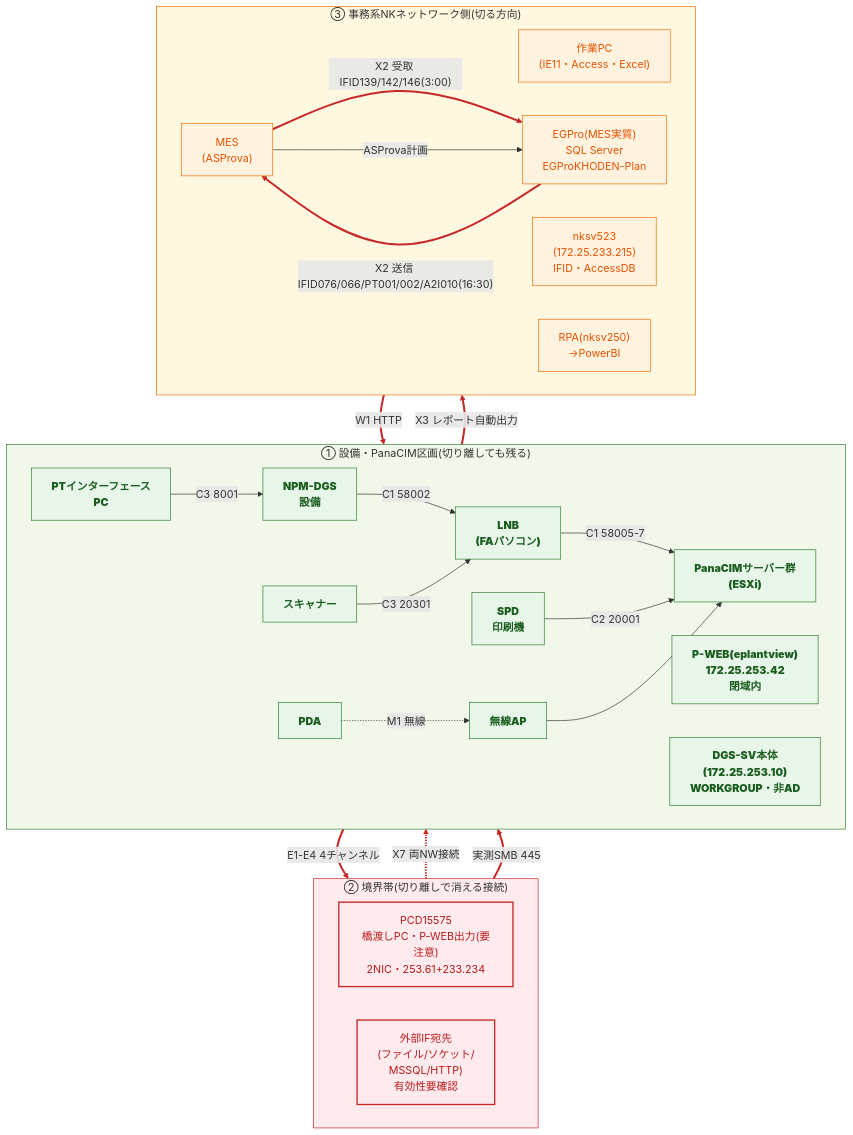
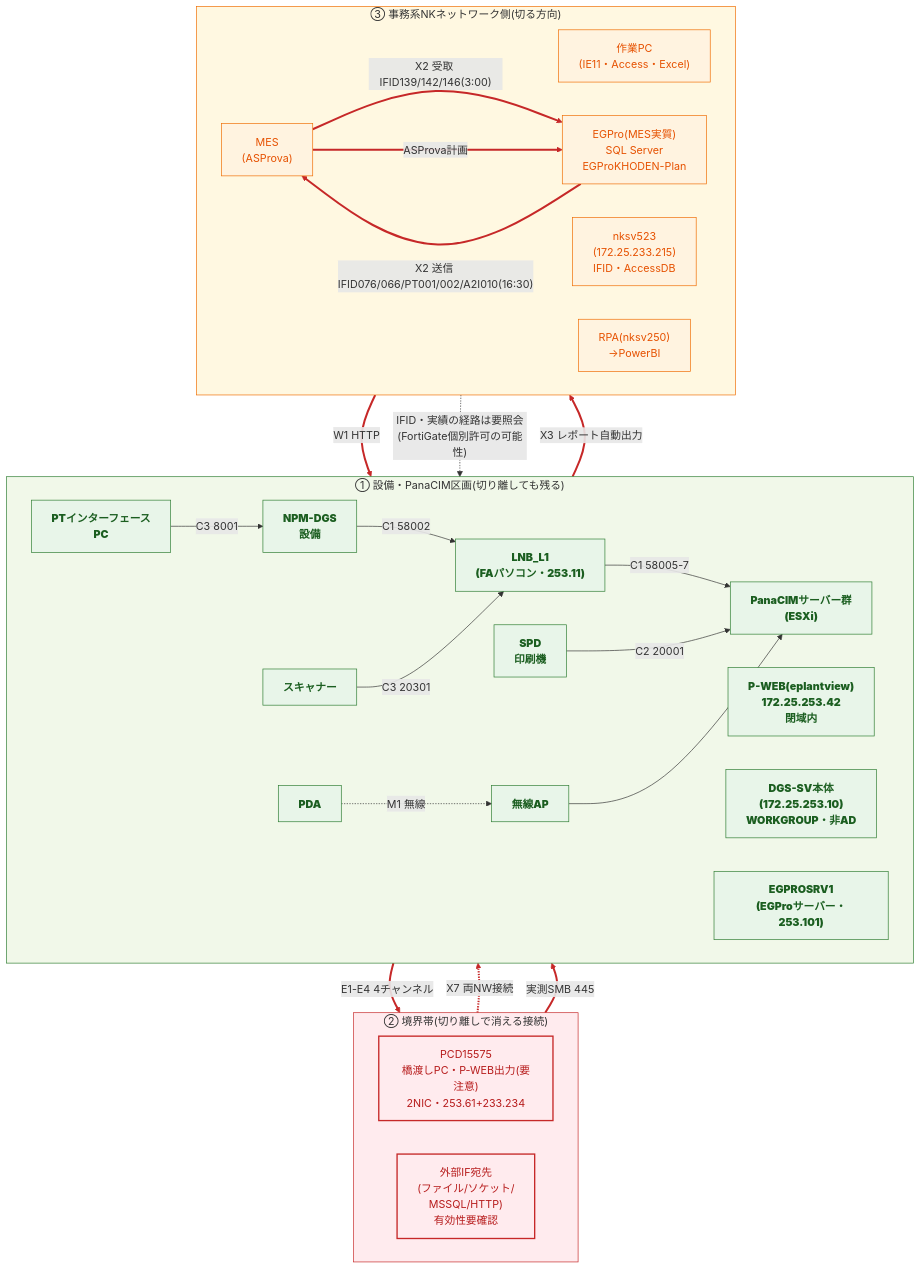
Before and after one commit to nk-shino/work_vault: the diagram in workvault-sync/10_業務全般/PHP_PanaCIM/PanaCIMデータ授受一覧_ドラフト_2026-10-30.md, drawn with Mermaid. The commit also changed other lines of this file and 52 other files, not shown here.

````diff
--- a/workvault-sync/10_業務全般/PHP_PanaCIM/PanaCIMデータ授受一覧_ドラフト_2026-10-30.md
+++ b/workvault-sync/10_業務全般/PHP_PanaCIM/PanaCIMデータ授受一覧_ドラフト_2026-10-30.md
@@ -16,58 +16,60 @@
 ```mermaid
 flowchart TB
   subgraph FA["① 設備・PanaCIM区画(切り離しても残る)"]
     direction LR
     NPM["NPM-DGS<br/>設備"]
-    LNB["LNB<br/>(FAパソコン)"]
+    LNB["LNB_L1<br/>(FAパソコン・253.11)"]
     SPD["SPD<br/>印刷機"]
     PTI["PTインターフェース<br/>PC"]
     SC["スキャナー"]
     AP["無線AP"]
     PDA["PDA"]
     SRV["PanaCIMサーバー群<br/>(ESXi)"]
     PWEB["P-WEB(eplantview)<br/>172.25.253.42<br/>閉域内"]
     DGS["DGS-SV本体<br/>(172.25.253.10)<br/>WORKGROUP・非AD"]
+    EGS["EGPROSRV1<br/>(EGProサーバー・253.101)"]
   end
 
   subgraph BORDER["② 境界帯(切り離しで消える接続)"]
     direction LR
     P15575["PCD15575<br/>橋渡しPC・P-WEB出力(要注意)<br/>2NIC・253.61+233.234"]
     EXT["外部IF宛先<br/>(ファイル/ソケット/<br/>MSSQL/HTTP)<br/>有効性要確認"]
   end
 
   subgraph OFFICE["③ 事務系NKネットワーク側(切る方向)"]
     direction LR
     BR["作業PC<br/>(IE11・Access・Excel)"]
     MES["MES<br/>(ASProva)"]
     EG["EGPro(MES実質)<br/>SQL Server<br/>EGProKHODEN-Plan"]
     N523["nksv523<br/>(172.25.233.215)<br/>IFID・AccessDB"]
     RPA["RPA(nksv250)<br/>→PowerBI"]
   end
 
   NPM -- "C1 58002" --> LNB
   LNB -- "C1 58005-7" --> SRV
   SPD -- "C2 20001" --> SRV
   PTI -- "C3 8001" --> NPM
   SC -- "C3 20301" --> LNB
   PDA -. "M1 無線" .-> AP
   AP --> SRV
   BR -- "W1 HTTP" --> PWEB
   MES -- "X2 受取 IFID139/142/146(3:00)" --> EG
   EG -- "X2 送信 IFID076/066/PT001/002/A2I010(16:30)" --> MES
   SRV -- "X3 レポート自動出力" --> RPA
   P15575 -. "X7 両NW接続" .-> SRV
   SRV -- "E1-E4 4チャンネル" --> EXT
   P15575 -- "実測SMB 445" --> DGS
   MES -- "ASProva計画" --> EG
+  EG -. "IFID・実績の経路は要照会<br/>(FortiGate個別許可の可能性)" .-> EGS
 
-  linkStyle 7,8,9,10,11,12,13 stroke:#c62828,stroke-width:3px
+  linkStyle 7,8,9,10,11,12,13,14 stroke:#c62828,stroke-width:3px
   classDef fa fill:#e8f5e9,stroke:#2e7d32,color:#1b5e20
   classDef office fill:#fff3e0,stroke:#ef6c00,color:#e65100
   classDef border fill:#ffebee,stroke:#c62828,color:#b71c1c,stroke-width:2px
-  class NPM,LNB,SPD,PTI,SC,AP,PDA,SRV,PWEB,DGS fa
+  class NPM,LNB,SPD,PTI,SC,AP,PDA,SRV,PWEB,DGS,EGS fa
   class BR,MES,EG,N523,RPA office
   class P15575,EXT border
   style FA fill:#f1f8e9,stroke:#2e7d32
   style BORDER fill:#ffebee,stroke:#c62828
   style OFFICE fill:#fff8e1,stroke:#ef6c00
 ```
````
